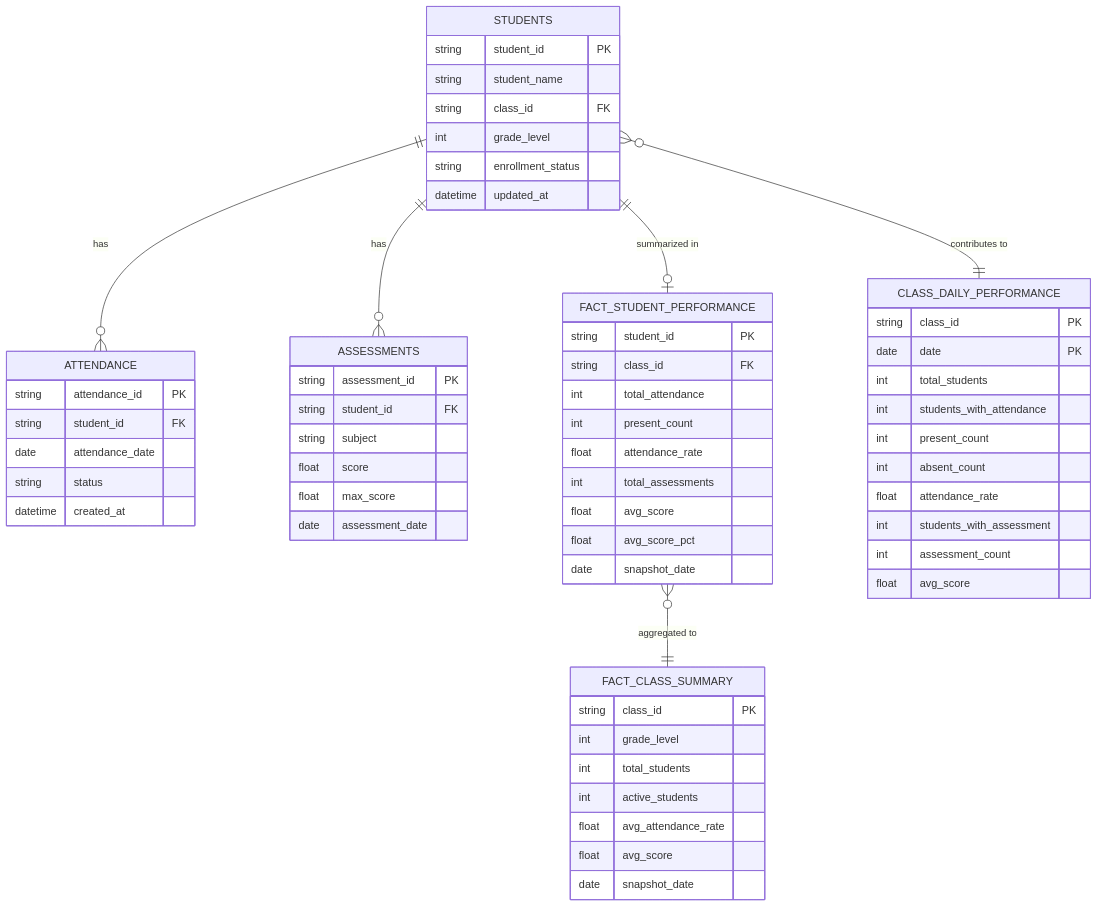
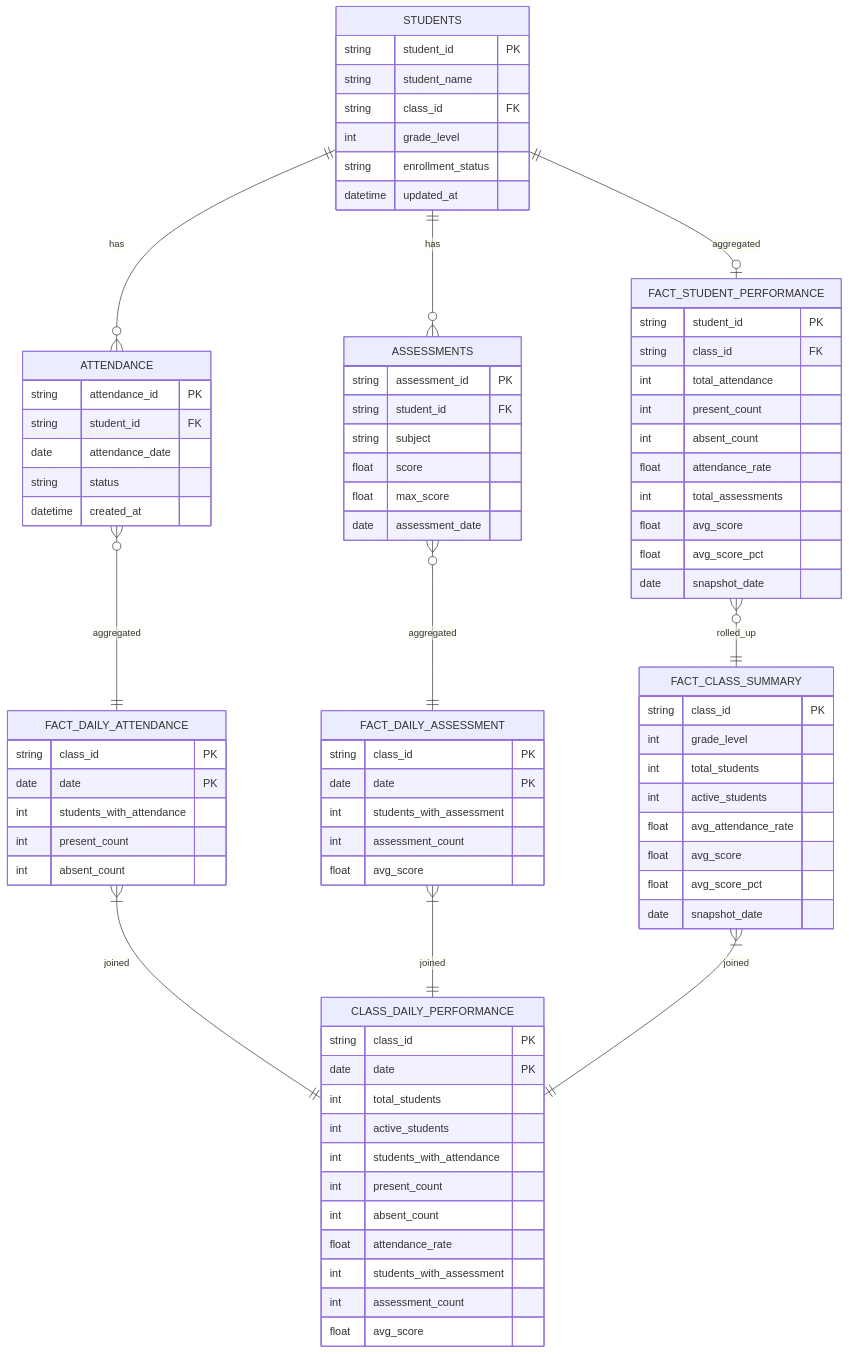
Before and after one commit to abduldjafar/optask: the second of 2 diagrams in README.md, drawn with Mermaid. The commit also changed other lines of this file, not shown here.

````diff
--- a/README.md
+++ b/README.md
@@ -129,5 +76,6 @@
 ```mermaid
 erDiagram
+    %% Dimension Tables (Silver)
     STUDENTS {
         string student_id PK
         string student_name
@@ -154,11 +102,13 @@
         date assessment_date
     }
 
+    %% Fact Tables (Silver)
     FACT_STUDENT_PERFORMANCE {
         string student_id PK
         string class_id FK
         int total_attendance
         int present_count
+        int absent_count
         float attendance_rate
         int total_assessments
         float avg_score
@@ -173,13 +123,32 @@
         int active_students
         float avg_attendance_rate
         float avg_score
+        float avg_score_pct
         date snapshot_date
     }
 
+    FACT_DAILY_ATTENDANCE {
+        string class_id PK
+        date date PK
+        int students_with_attendance
+        int present_count
+        int absent_count
+    }
+
+    FACT_DAILY_ASSESSMENT {
+        string class_id PK
+        date date PK
+        int students_with_assessment
+        int assessment_count
+        float avg_score
+    }
+
+    %% Gold Tables
     CLASS_DAILY_PERFORMANCE {
         string class_id PK
         date date PK
         int total_students
+        int active_students
         int students_with_attendance
         int present_count
         int absent_count
@@ -189,9 +158,14 @@
         float avg_score
     }
 
+    %% Relationships
     STUDENTS ||--o{ ATTENDANCE : "has"
     STUDENTS ||--o{ ASSESSMENTS : "has"
-    STUDENTS ||--o| FACT_STUDENT_PERFORMANCE : "summarized in"
-    FACT_STUDENT_PERFORMANCE }o--|| FACT_CLASS_SUMMARY : "aggregated to"
-    STUDENTS }o--|| CLASS_DAILY_PERFORMANCE : "contributes to"
+    STUDENTS ||--o| FACT_STUDENT_PERFORMANCE : "aggregated"
+    FACT_STUDENT_PERFORMANCE }o--|| FACT_CLASS_SUMMARY : "rolled_up"
+    ATTENDANCE }o--|| FACT_DAILY_ATTENDANCE : "aggregated"
+    ASSESSMENTS }o--|| FACT_DAILY_ASSESSMENT : "aggregated"
+    FACT_DAILY_ATTENDANCE }|--|| CLASS_DAILY_PERFORMANCE : "joined"
+    FACT_DAILY_ASSESSMENT }|--|| CLASS_DAILY_PERFORMANCE : "joined"
+    FACT_CLASS_SUMMARY }|--|| CLASS_DAILY_PERFORMANCE : "joined"
 ```
````
